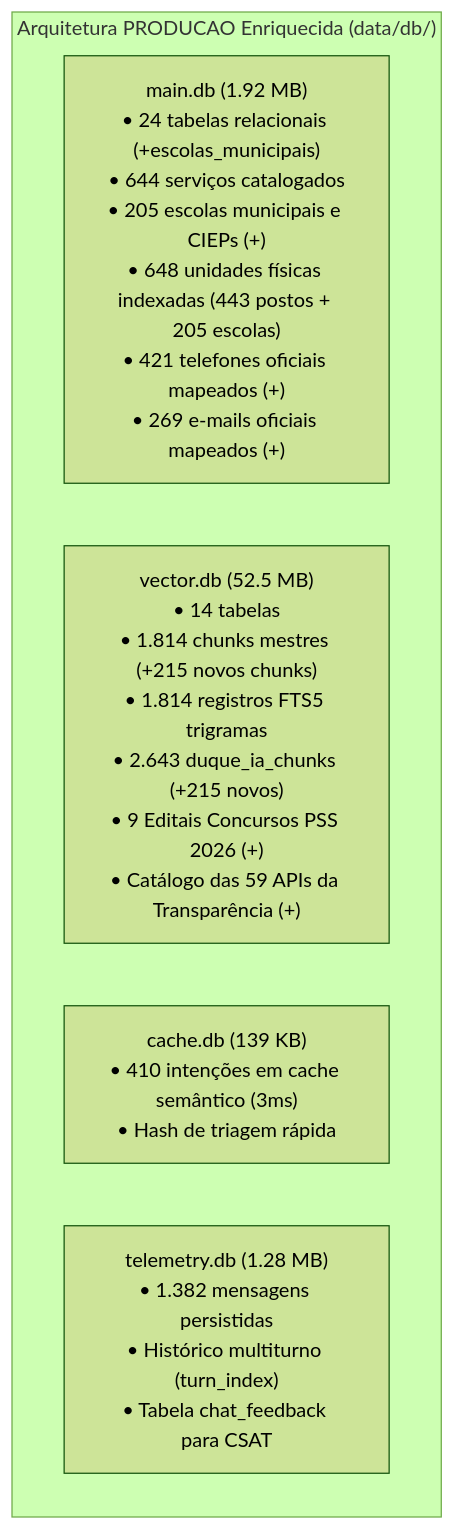
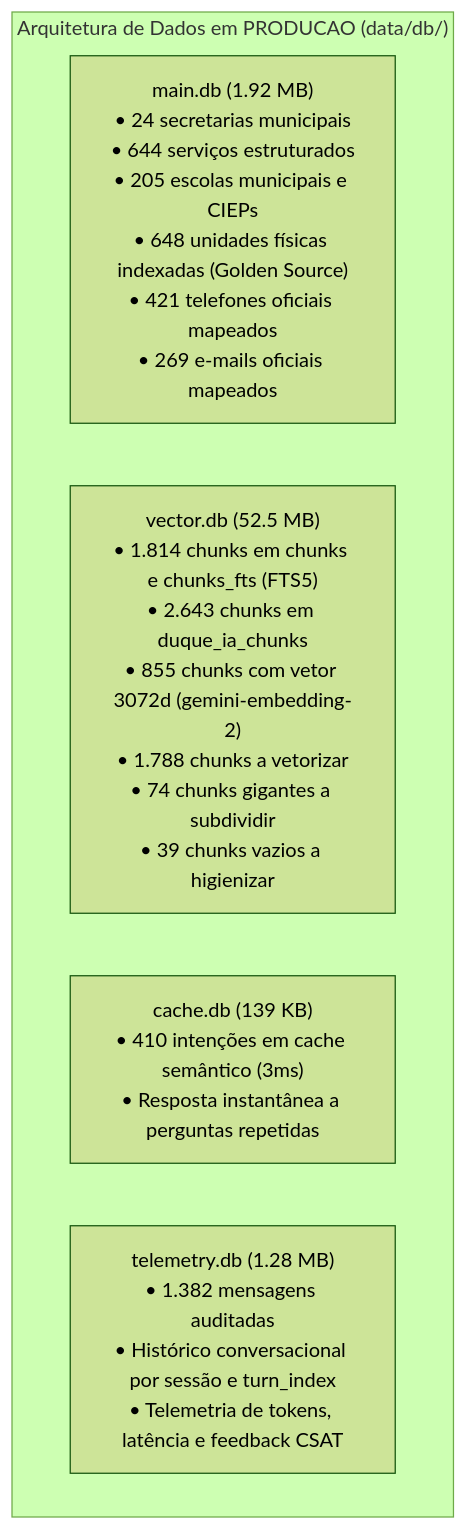
Before and after one commit to ouvidoriag/duqueia: the diagram in docs/PLANO_MESTRE_AUDITORIA_E_CONSOLIDACAO_DADOS.md, drawn with Mermaid (forest theme). The commit also changed other lines of this file and 7 other files, not shown here.

````diff
--- a/docs/PLANO_MESTRE_AUDITORIA_E_CONSOLIDACAO_DADOS.md
+++ b/docs/PLANO_MESTRE_AUDITORIA_E_CONSOLIDACAO_DADOS.md
@@ -92,9 +112,9 @@
 ```mermaid
 flowchart TD
-    subgraph ArquiteturaProducaoPosConsolidacao["Arquitetura PRODUCAO Enriquecida (data/db/)"]
-        M["main.db (1.92 MB)<br>• 24 tabelas relacionais (+escolas_municipais)<br>• 644 serviços catalogados<br>• 205 escolas municipais e CIEPs (+)<br>• 648 unidades físicas indexadas (443 postos + 205 escolas)<br>• 421 telefones oficiais mapeados (+)<br>• 269 e-mails oficiais mapeados (+)"]
-        V["vector.db (52.5 MB)<br>• 14 tabelas<br>• 1.814 chunks mestres (+215 novos chunks)<br>• 1.814 registros FTS5 trigramas<br>• 2.643 duque_ia_chunks (+215 novos)<br>• 9 Editais Concursos PSS 2026 (+)<br>• Catálogo das 59 APIs da Transparência (+)"]
-        C["cache.db (139 KB)<br>• 410 intenções em cache semântico (3ms)<br>• Hash de triagem rápida"]
-        T["telemetry.db (1.28 MB)<br>• 1.382 mensagens persistidas<br>• Histórico multiturno (turn_index)<br>• Tabela chat_feedback para CSAT"]
+    subgraph ProducaoBases["Arquitetura de Dados em PRODUCAO (data/db/)"]
+        M["main.db (1.92 MB)<br>• 24 secretarias municipais<br>• 644 serviços estruturados<br>• 205 escolas municipais e CIEPs<br>• 648 unidades físicas indexadas (Golden Source)<br>• 421 telefones oficiais mapeados<br>• 269 e-mails oficiais mapeados"]
+        V["vector.db (52.5 MB)<br>• 1.814 chunks em chunks e chunks_fts (FTS5)<br>• 2.643 chunks em duque_ia_chunks<br>• 855 chunks com vetor 3072d (gemini-embedding-2)<br>• 1.788 chunks a vetorizar<br>• 74 chunks gigantes a subdividir<br>• 39 chunks vazios a higienizar"]
+        C["cache.db (139 KB)<br>• 410 intenções em cache semântico (3ms)<br>• Resposta instantânea a perguntas repetidas"]
+        T["telemetry.db (1.28 MB)<br>• 1.382 mensagens auditadas<br>• Histórico conversacional por sessão e turn_index<br>• Telemetria de tokens, latência e feedback CSAT"]
     end
 ```
````
